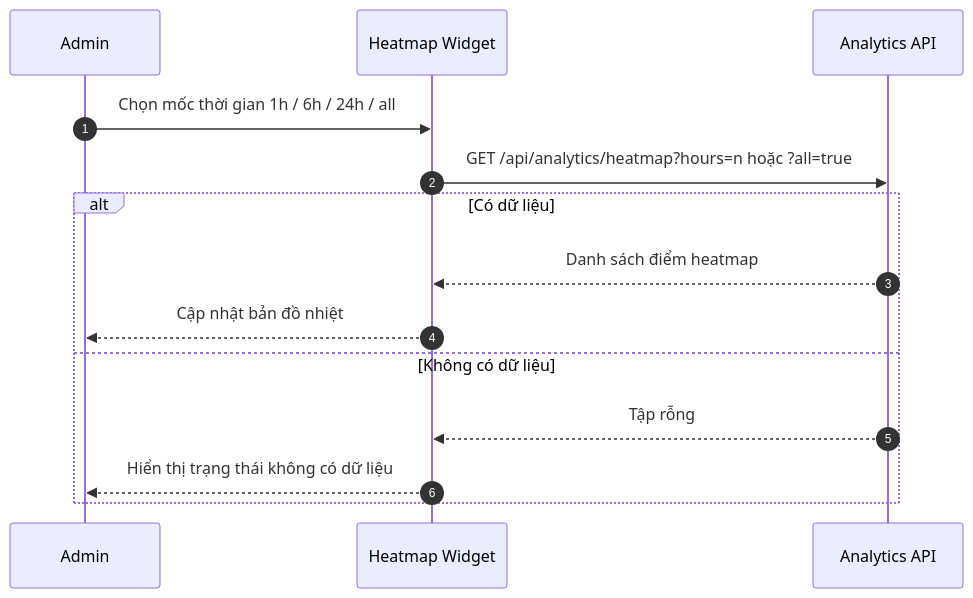
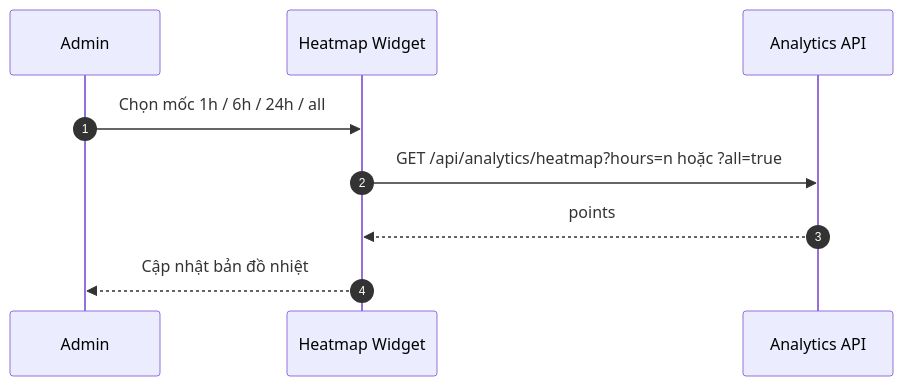
One commit to sangnp-s-organiztion/food-market-narrator changed the sixth of 24 diagrams in docs/sequence/flow-admin.md. Above: the diagram before and after it, drawn with Mermaid. The commit also changed other lines of this file and 3 other files, not shown here.

Commit message:
cập nhật flow-admin

````diff
--- a/docs/sequence/flow-admin.md
+++ b/docs/sequence/flow-admin.md
@@ -111,17 +121,12 @@
 ```mermaid
 sequenceDiagram
     autonumber
     participant U as Admin
     participant FE as Heatmap Widget
     participant ANA as Analytics API
 
-    U->>FE: Chọn mốc thời gian 1h / 6h / 24h / all
+    U->>FE: Chọn mốc 1h / 6h / 24h / all
     FE->>ANA: GET /api/analytics/heatmap?hours=n hoặc ?all=true
-    alt Có dữ liệu
-        ANA-->>FE: Danh sách điểm heatmap
-        FE-->>U: Cập nhật bản đồ nhiệt
-    else Không có dữ liệu
-        ANA-->>FE: Tập rỗng
-        FE-->>U: Hiển thị trạng thái không có dữ liệu
-    end
+    ANA-->>FE: points
+    FE-->>U: Cập nhật bản đồ nhiệt
 ```
````
